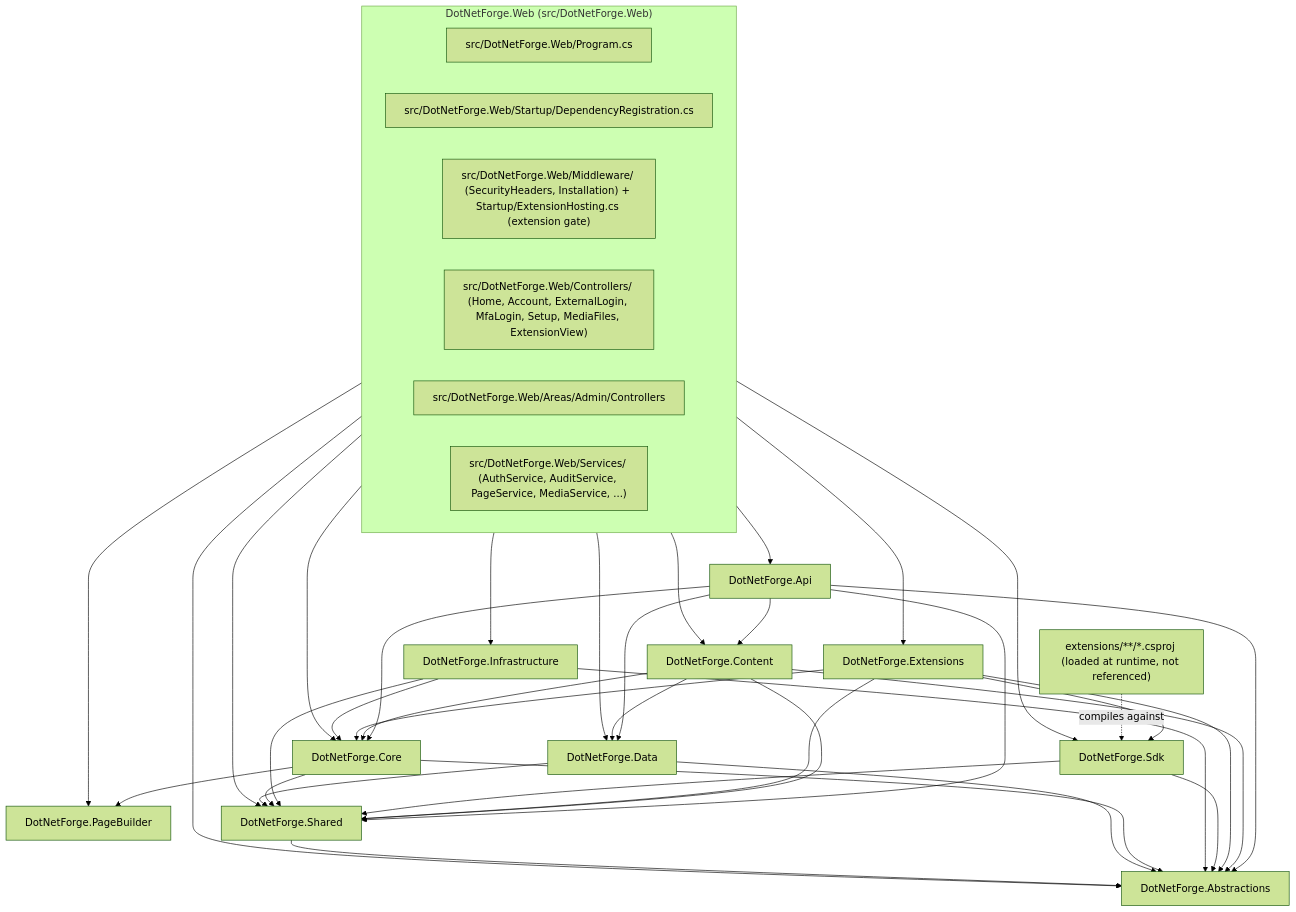
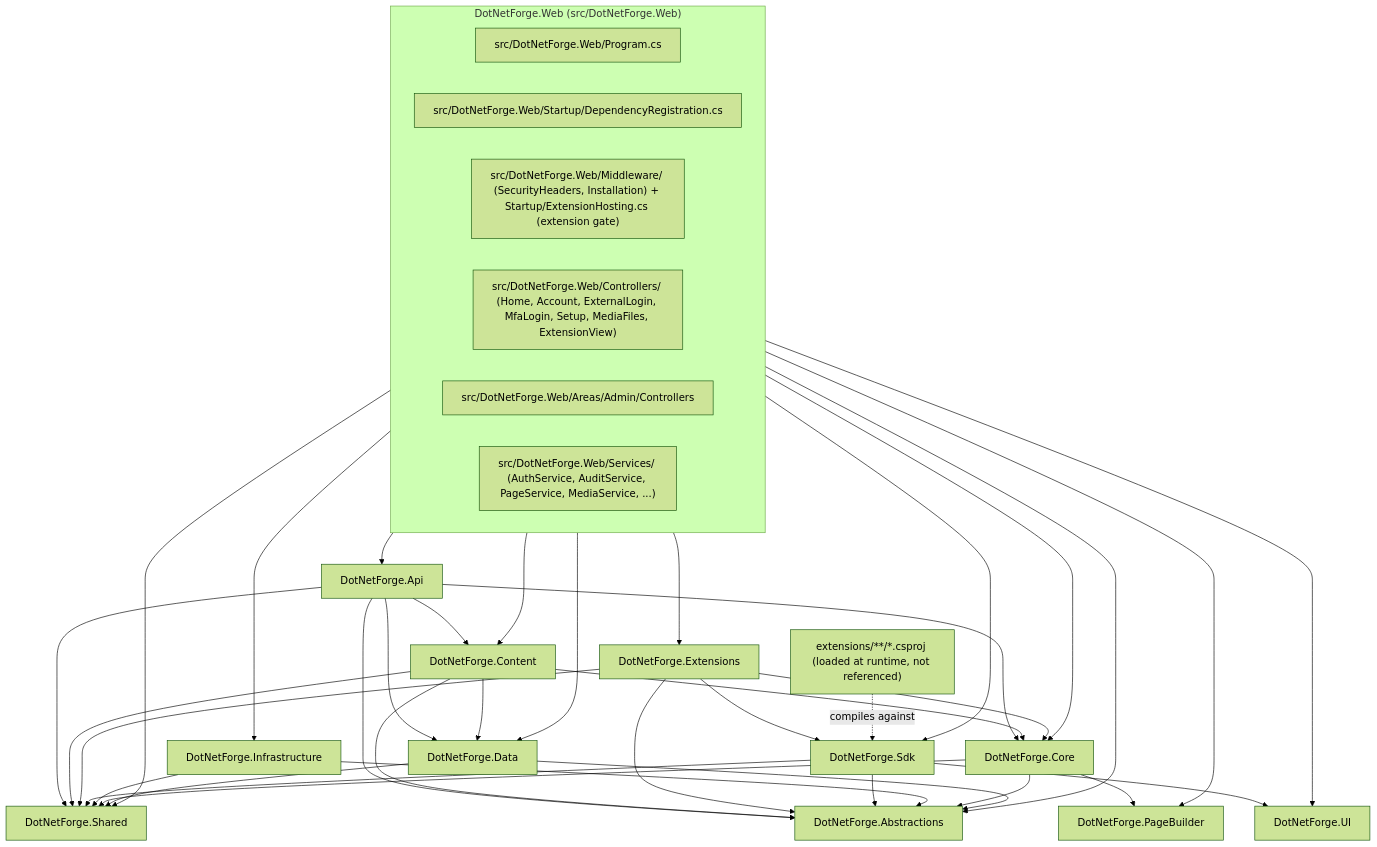
Before and after one commit to Albadit/DotNetForge: the first of 2 diagrams in .docs/architecture/codebase.md, drawn with Mermaid (forest theme). The commit also changed other lines of this file and 412 other files, not shown here.

````diff
--- a/.docs/architecture/codebase.md
+++ b/.docs/architecture/codebase.md
@@ -59,33 +59,33 @@
 ```mermaid
 flowchart TB
     subgraph Host["DotNetForge.Web (src/DotNetForge.Web)"]
         Program["src/DotNetForge.Web/Program.cs"]
         DI["src/DotNetForge.Web/Startup/DependencyRegistration.cs"]
         MW["src/DotNetForge.Web/Middleware/ (SecurityHeaders, Installation) + Startup/ExtensionHosting.cs (extension gate)"]
         PubCtl["src/DotNetForge.Web/Controllers/ (Home, Account, ExternalLogin, MfaLogin, Setup, MediaFiles, ExtensionView)"]
         AdminCtl["src/DotNetForge.Web/Areas/Admin/Controllers"]
         Svc["src/DotNetForge.Web/Services/ (AuthService, AuditService, PageService, MediaService, ...)"]
     end
     Api["DotNetForge.Api"]
     Ext["DotNetForge.Extensions"]
     Sdk["DotNetForge.Sdk"]
     ExtCode["extensions/**/*.csproj (loaded at runtime, not referenced)"]
     Infra["DotNetForge.Infrastructure"]
     PB["DotNetForge.PageBuilder"]
     Cnt["DotNetForge.Content"]
     Core["DotNetForge.Core"]
     Data["DotNetForge.Data"]
     Shared["DotNetForge.Shared"]
     Abs["DotNetForge.Abstractions"]
+    UI["DotNetForge.UI"]
 
-    Host --> Api & Ext & Sdk & Infra & Core & Data & Shared & Abs & PB & Cnt
+    Host --> Api & Ext & Sdk & Infra & Core & Data & Shared & Abs & PB & Cnt & UI
     Api --> Cnt & Core & Data & Shared & Abs
     Cnt --> Core & Data & Shared & Abs
     Ext --> Sdk & Core & Shared & Abs
-    Sdk --> Shared & Abs
+    Sdk --> Shared & Abs & UI
     ExtCode -. compiles against .-> Sdk
-    Infra --> Core & Shared & Abs
+    Infra --> Shared & Abs
     Core --> Shared & Abs & PB
     Data --> Shared & Abs
-    Shared --> Abs
 ```
````
